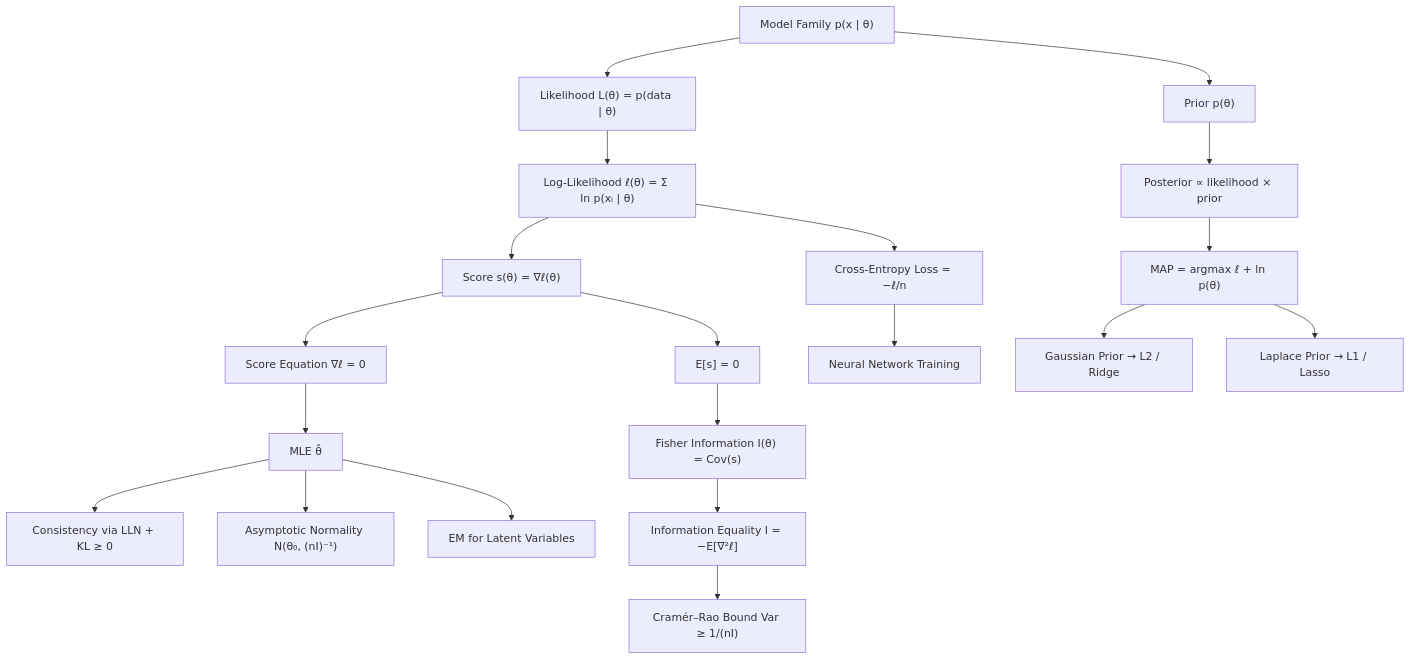
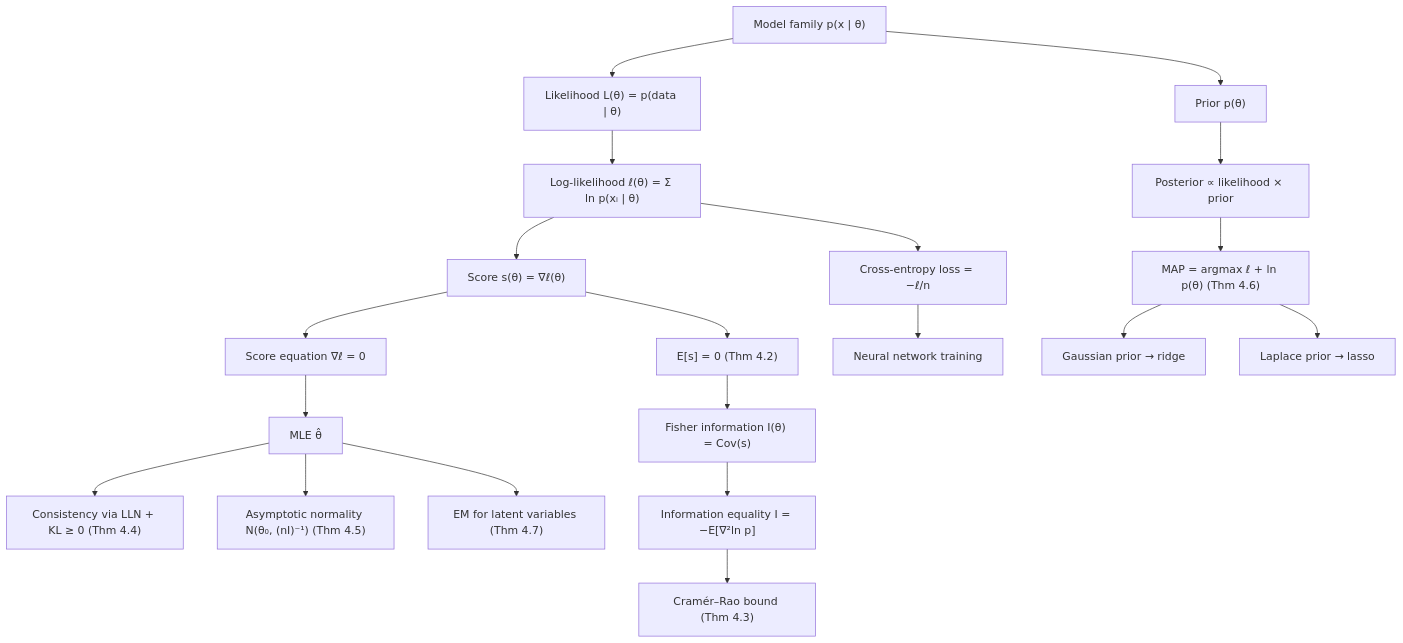
One commit to hien078/applied-mathematics-foundation changed the diagram in probability_statistics/09_maximum_likelihood_and_map_estimation/README.md. Above: the diagram before and after it, drawn with Mermaid. The commit also changed other lines of this file and 25 other files, not shown here.

````diff
--- a/probability_statistics/09_maximum_likelihood_and_map_estimation/README.md
+++ b/probability_statistics/09_maximum_likelihood_and_map_estimation/README.md
@@ -25,22 +39,22 @@
 ```mermaid
 graph TD
-    A["Model Family p(x | θ)"] --> B["Likelihood L(θ) = p(data | θ)"]
-    B --> C["Log-Likelihood ℓ(θ) = Σ ln p(xᵢ | θ)"]
+    A["Model family p(x | θ)"] --> B["Likelihood L(θ) = p(data | θ)"]
+    B --> C["Log-likelihood ℓ(θ) = Σ ln p(xᵢ | θ)"]
     C --> D["Score s(θ) = ∇ℓ(θ)"]
-    D --> E["Score Equation ∇ℓ = 0"]
+    D --> E["Score equation ∇ℓ = 0"]
     E --> F["MLE θ̂"]
-    D --> G["E[s] = 0"]
-    G --> H["Fisher Information I(θ) = Cov(s)"]
-    H --> I["Information Equality I = −E[∇²ℓ]"]
-    I --> J["Cramér–Rao Bound Var ≥ 1/(nI)"]
-    F --> K["Consistency via LLN + KL ≥ 0"]
-    F --> L["Asymptotic Normality N(θ₀, (nI)⁻¹)"]
+    D --> G["E[s] = 0 (Thm 4.2)"]
+    G --> H["Fisher information I(θ) = Cov(s)"]
+    H --> I["Information equality I = −E[∇²ln p]"]
+    I --> J["Cramér–Rao bound (Thm 4.3)"]
+    F --> K["Consistency via LLN + KL ≥ 0 (Thm 4.4)"]
+    F --> L["Asymptotic normality N(θ₀, (nI)⁻¹) (Thm 4.5)"]
     A --> M["Prior p(θ)"]
     M --> N["Posterior ∝ likelihood × prior"]
-    N --> O["MAP = argmax ℓ + ln p(θ)"]
-    O --> P["Gaussian Prior → L2 / Ridge"]
-    O --> Q["Laplace Prior → L1 / Lasso"]
-    C --> R["Cross-Entropy Loss = −ℓ/n"]
-    R --> S["Neural Network Training"]
-    F --> T["EM for Latent Variables"]
+    N --> O["MAP = argmax ℓ + ln p(θ) (Thm 4.6)"]
+    O --> P["Gaussian prior → ridge"]
+    O --> Q["Laplace prior → lasso"]
+    C --> R["Cross-entropy loss = −ℓ/n"]
+    R --> S["Neural network training"]
+    F --> T["EM for latent variables (Thm 4.7)"]
 ```
````
